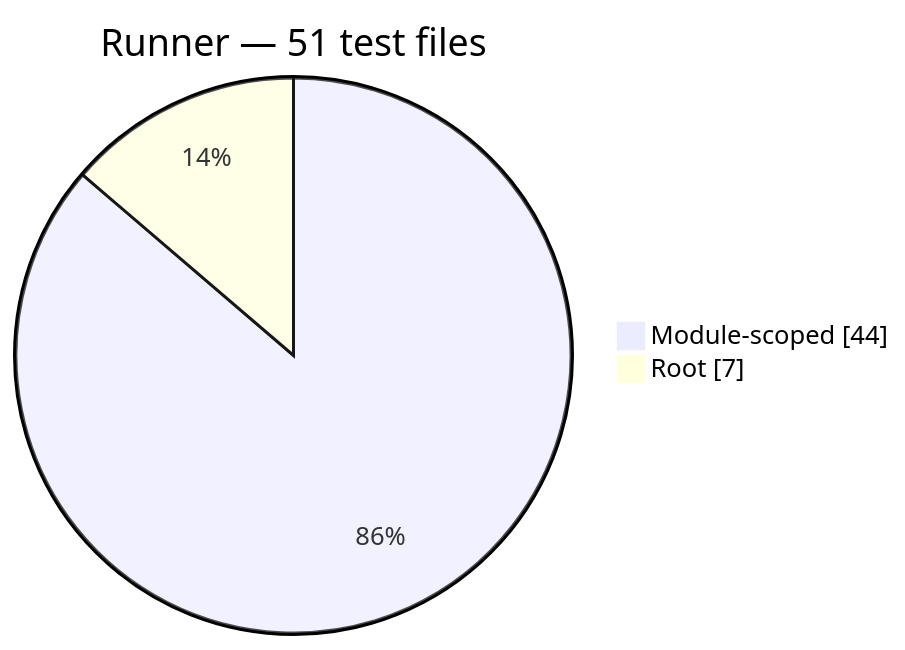
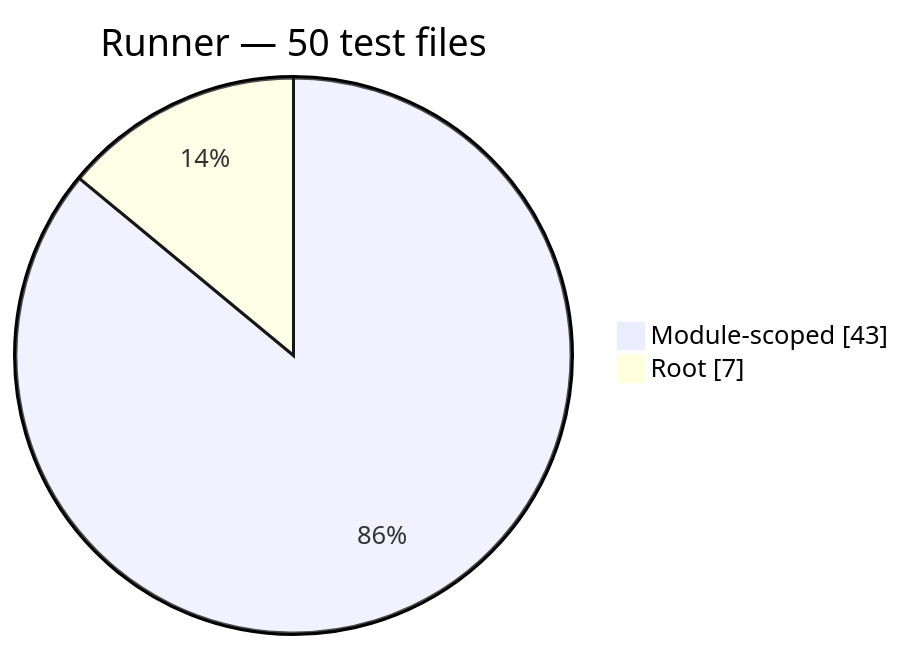
The ninth of 12 diagrams in docs/generated/test-composition.md (Mohammed-Alama/php-arazzo), drawn with Mermaid before and after one commit. The commit also changed other lines of this file and 51 other files, not shown here.

````diff
--- a/docs/generated/test-composition.md
+++ b/docs/generated/test-composition.md
@@ -122,6 +122,6 @@
 ```mermaid
 pie showData
-    title Runner — 51 test files
-    "Module-scoped": 44
+    title Runner — 50 test files
+    "Module-scoped": 43
     "Root": 7
 ```
````
